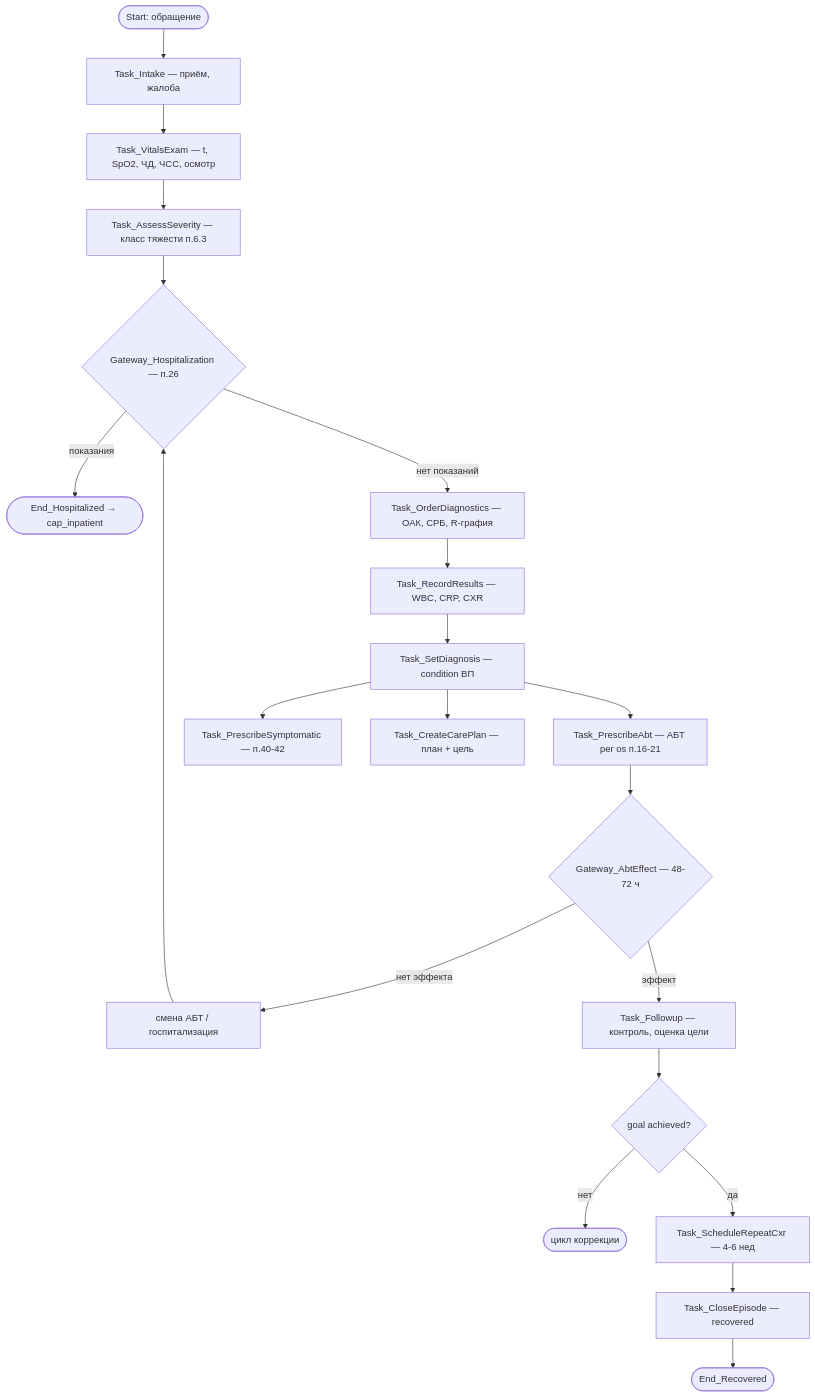
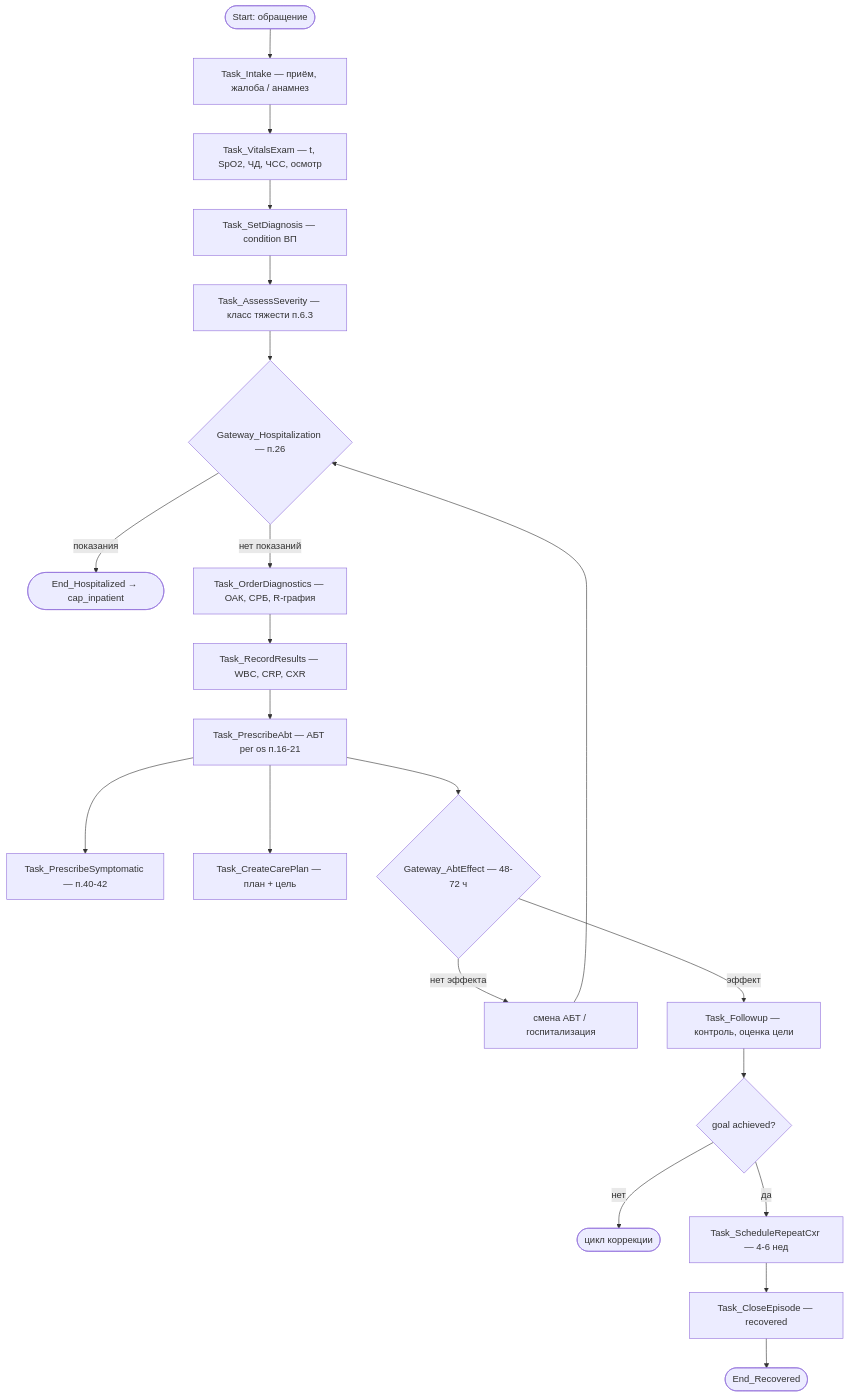
The first of 2 diagrams in docs/processes/PROCESSES_BPMN.md (krvzdrv/clinic-os), drawn with Mermaid before and after one commit. The commit also changed other lines of this file and 55 other files, not shown here.

````diff
--- a/docs/processes/PROCESSES_BPMN.md
+++ b/docs/processes/PROCESSES_BPMN.md
@@ -25,23 +27,23 @@
 ```mermaid
 flowchart TD
-    A([Start: обращение]) --> B[Task_Intake — приём, жалоба]
+    A([Start: обращение]) --> B[Task_Intake — приём, жалоба / анамнез]
     B --> C[Task_VitalsExam — t, SpO2, ЧД, ЧСС, осмотр]
-    C --> D[Task_AssessSeverity — класс тяжести п.6.3]
+    C --> I[Task_SetDiagnosis — condition ВП]
+    I --> D[Task_AssessSeverity — класс тяжести п.6.3]
     D --> E{Gateway_Hospitalization — п.26}
     E -- показания --> H1([End_Hospitalized → cap_inpatient])
     E -- нет показаний --> F[Task_OrderDiagnostics — ОАК, СРБ, R-графия]
     F --> G[Task_RecordResults — WBC, CRP, CXR]
-    G --> I[Task_SetDiagnosis — condition ВП]
-    I --> J[Task_PrescribeAbt — АБТ per os п.16-21]
-    I --> K[Task_PrescribeSymptomatic — п.40-42]
-    I --> L[Task_CreateCarePlan — план + цель]
+    G --> J[Task_PrescribeAbt — АБТ per os п.16-21]
+    J --> K[Task_PrescribeSymptomatic — п.40-42]
+    J --> L[Task_CreateCarePlan — план + цель]
     J --> M{Gateway_AbtEffect — 48-72 ч}
     M -- нет эффекта --> N[смена АБТ / госпитализация]
     N --> E
     M -- эффект --> O[Task_Followup — контроль, оценка цели]
     O --> P{goal achieved?}
     P -- нет --> Q([цикл коррекции])
     P -- да --> R[Task_ScheduleRepeatCxr — 4-6 нед]
     R --> S[Task_CloseEpisode — recovered]
     S --> T([End_Recovered])
 ```
````
